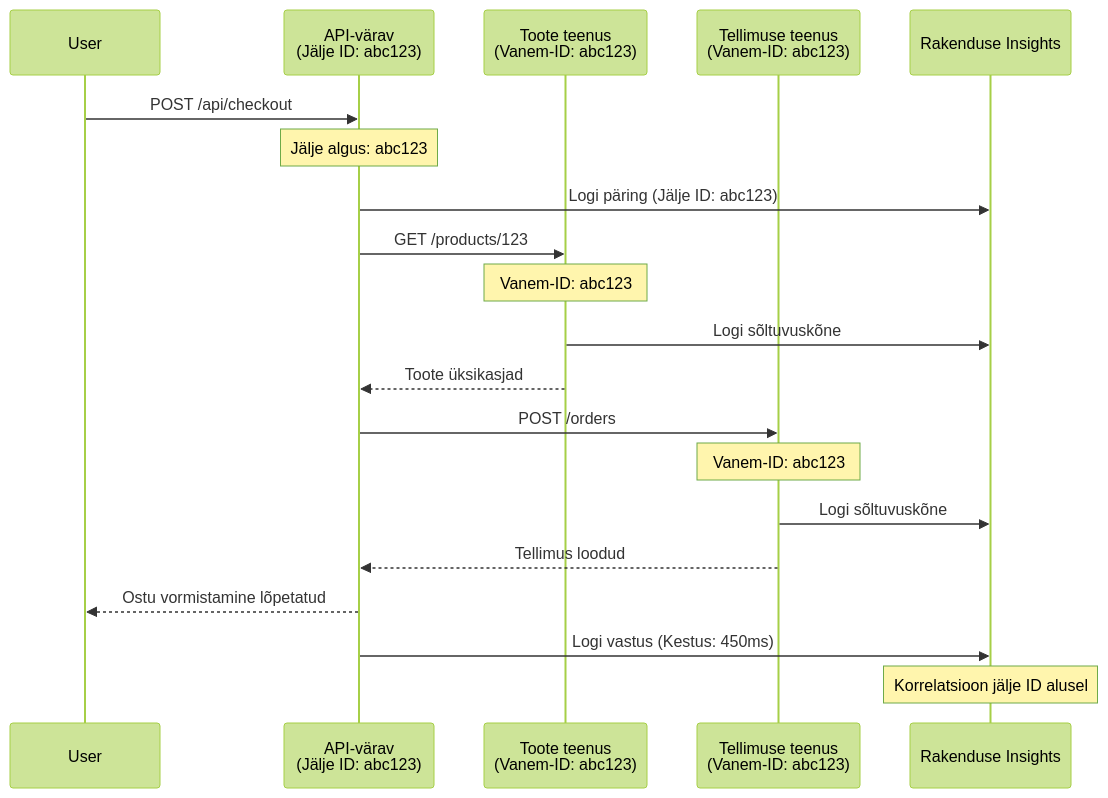
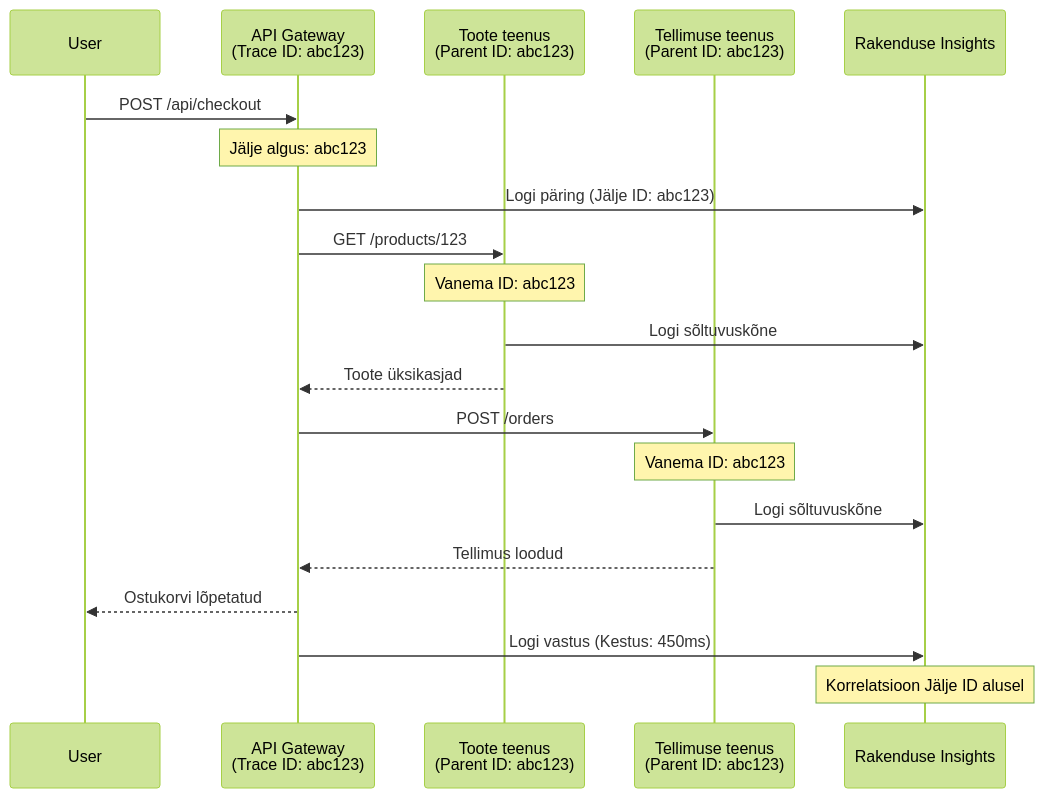
The second of 2 diagrams in translations/et/docs/chapter-06-pre-deployment/application-insights.md (microsoft/AZD-for-beginners), drawn with Mermaid (forest theme) before and after one commit. The commit also changed other lines of this file and 101 other files, not shown here.

````diff
--- a/translations/et/docs/chapter-06-pre-deployment/application-insights.md
+++ b/translations/et/docs/chapter-06-pre-deployment/application-insights.md
@@ -744,27 +744,27 @@
 ```mermaid
 sequenceDiagram
     participant User
-    participant Gateway as API-värav<br/>(Jälje ID: abc123)
-    participant Product as Toote teenus<br/>(Vanem-ID: abc123)
-    participant Order as Tellimuse teenus<br/>(Vanem-ID: abc123)
+    participant Gateway as API Gateway<br/>(Trace ID: abc123)
+    participant Product as Toote teenus<br/>(Parent ID: abc123)
+    participant Order as Tellimuse teenus<br/>(Parent ID: abc123)
     participant AppInsights as Rakenduse Insights
     
     User->>Gateway: POST /api/checkout
     Note over Gateway: Jälje algus: abc123
     Gateway->>AppInsights: Logi päring (Jälje ID: abc123)
     
     Gateway->>Product: GET /products/123
-    Note over Product: Vanem-ID: abc123
+    Note over Product: Vanema ID: abc123
     Product->>AppInsights: Logi sõltuvuskõne
     Product-->>Gateway: Toote üksikasjad
     
     Gateway->>Order: POST /orders
-    Note over Order: Vanem-ID: abc123
+    Note over Order: Vanema ID: abc123
     Order->>AppInsights: Logi sõltuvuskõne
     Order-->>Gateway: Tellimus loodud
     
-    Gateway-->>User: Ostu vormistamine lõpetatud
+    Gateway-->>User: Ostukorvi lõpetatud
     Gateway->>AppInsights: Logi vastus (Kestus: 450ms)
     
-    Note over AppInsights: Korrelatsioon jälje ID alusel
+    Note over AppInsights: Korrelatsioon Jälje ID alusel
 ```
````
